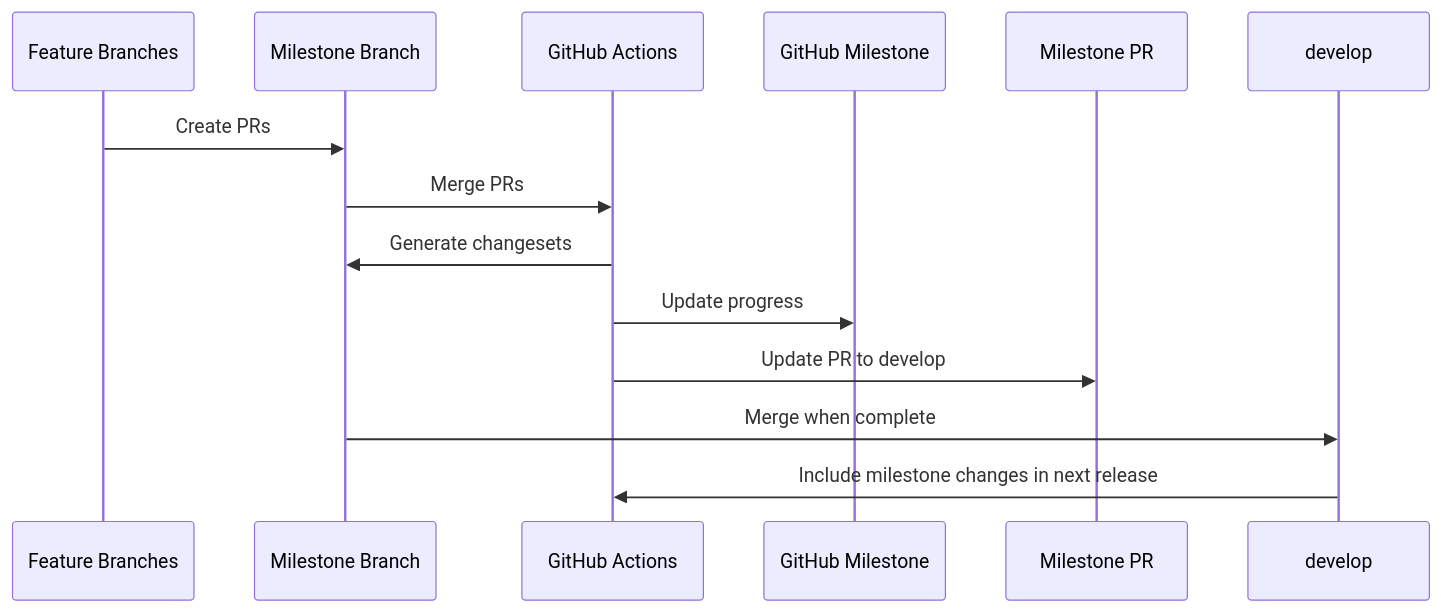
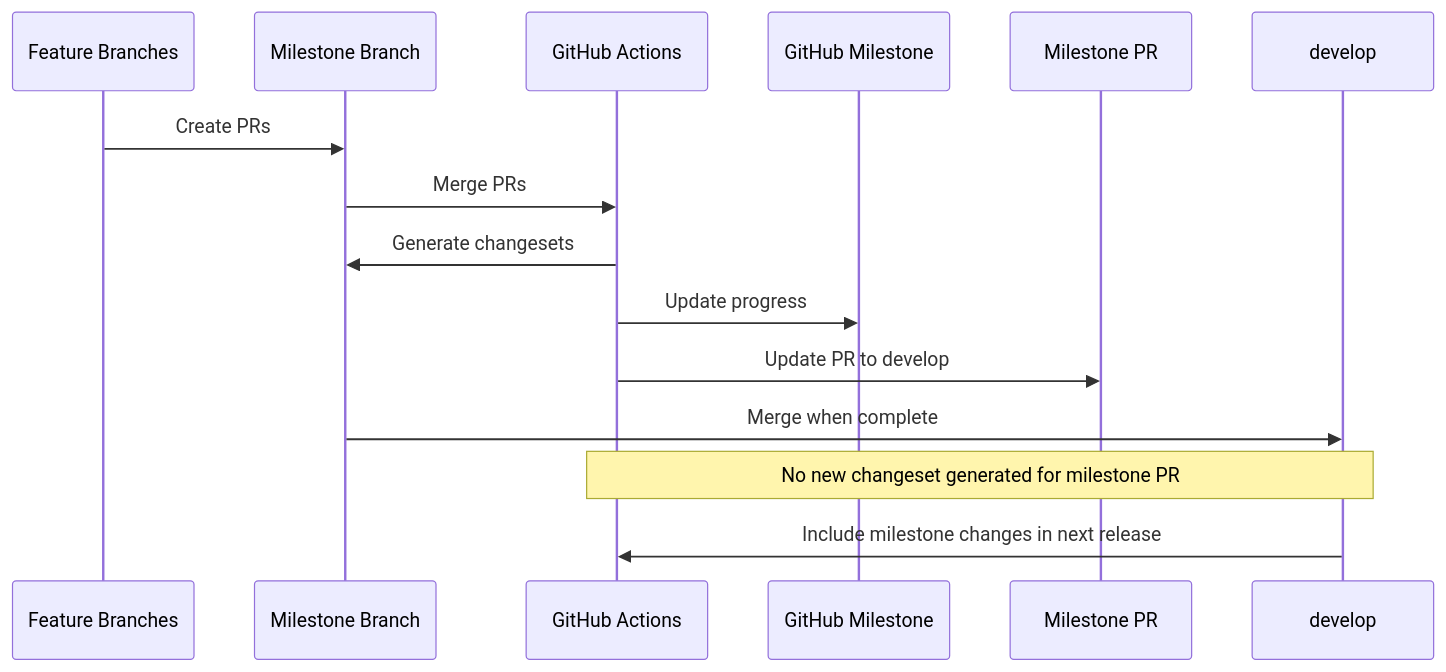
Before and after one commit to wp-graphql/automation-tests: diagram 13 of 14 in docs/WORKFLOW_VISUALIZATION.md, drawn with Mermaid. The commit also changed other lines of this file and 5 other files, not shown here.

````diff
--- a/docs/WORKFLOW_VISUALIZATION.md
+++ b/docs/WORKFLOW_VISUALIZATION.md
@@ -260,17 +260,18 @@
 ```mermaid
 sequenceDiagram
     participant FB as Feature Branches
     participant MB as Milestone Branch
     participant GH as GitHub Actions
     participant MS as GitHub Milestone
     participant PR as Milestone PR
     participant D as develop
     
     FB->>MB: Create PRs
     MB->>GH: Merge PRs
     GH->>MB: Generate changesets
     GH->>MS: Update progress
     GH->>PR: Update PR to develop
     MB->>D: Merge when complete
+    Note over D,GH: No new changeset generated for milestone PR
     D->>GH: Include milestone changes in next release
 ```
````
